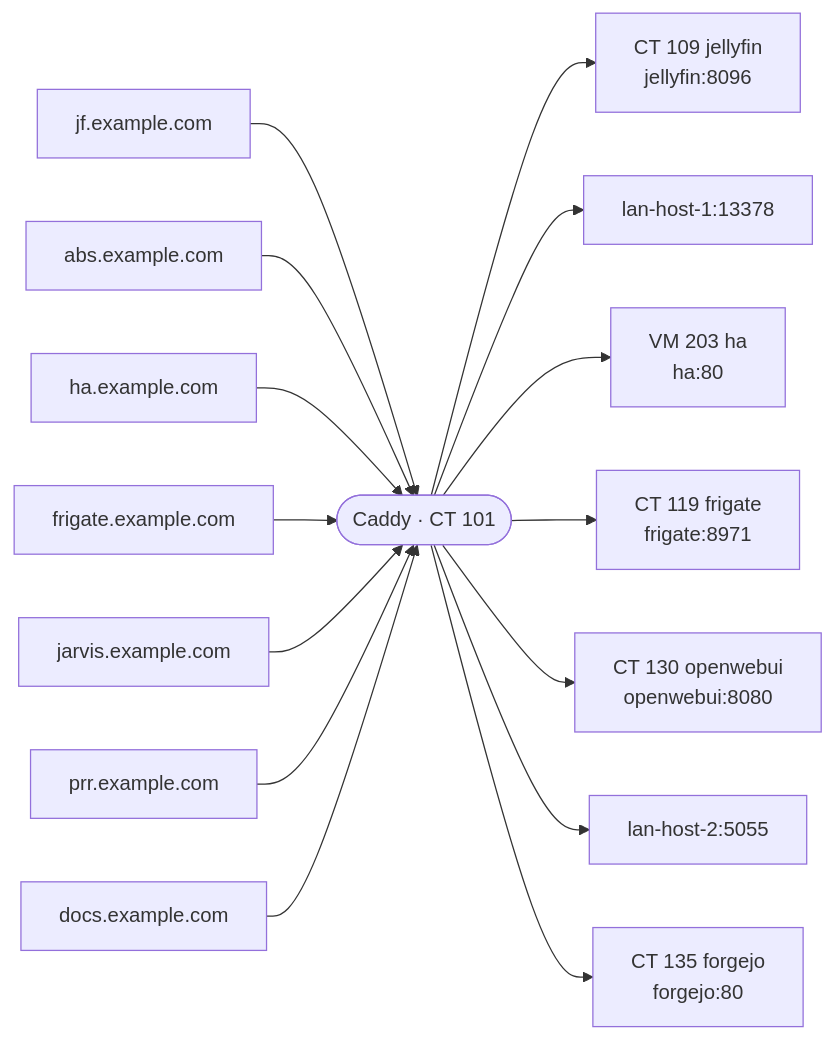
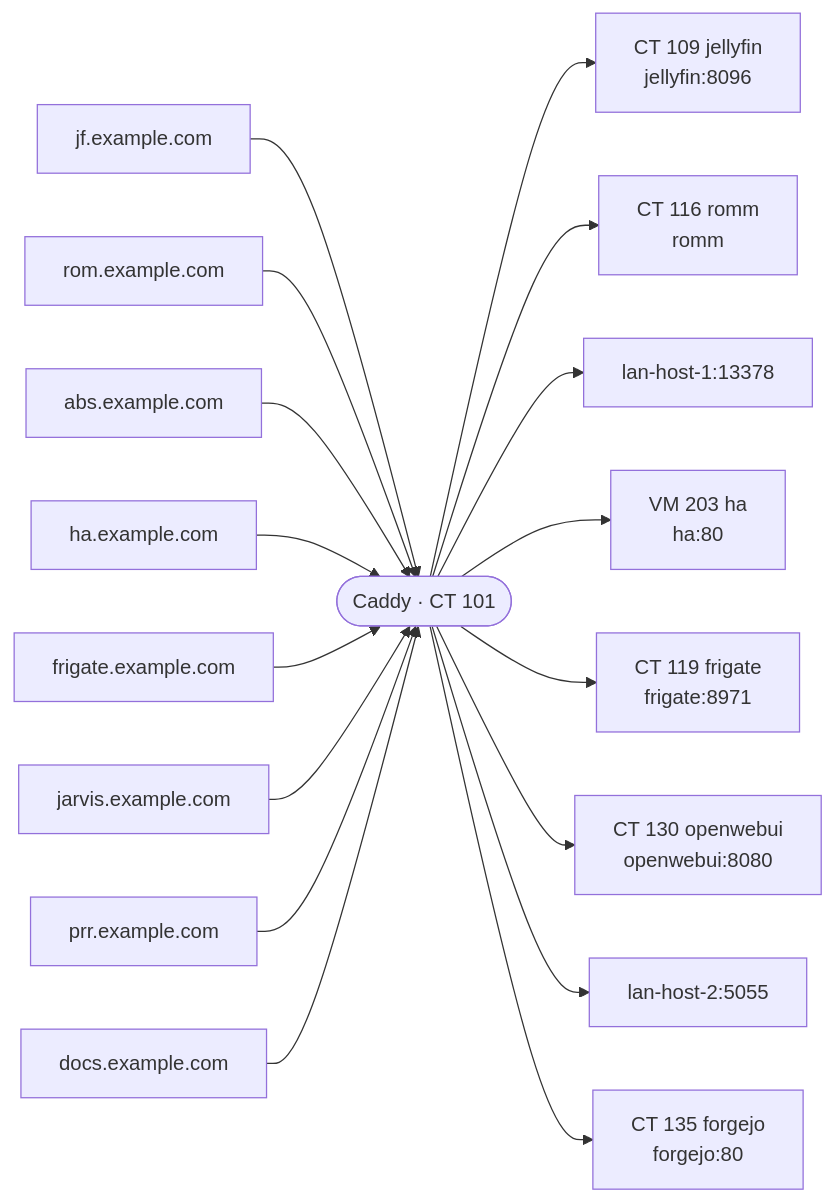
The diagram in docs/network.md (afcorona-projects/Homelab), drawn with Mermaid before and after one commit. The commit also changed other lines of this file and 32 other files, not shown here.

````diff
--- a/docs/network.md
+++ b/docs/network.md
@@ -5,18 +5,20 @@
 ```mermaid
 flowchart LR
   caddy(["Caddy · CT 101"])
   njf_example_com["jf.example.com"] --> caddy
   caddy --> njellyfin_8096["CT 109 jellyfin<br/>jellyfin:8096"]
+  nrom_example_com["rom.example.com"] --> caddy
+  caddy --> nromm["CT 116 romm<br/>romm"]
   nabs_example_com["abs.example.com"] --> caddy
   caddy --> nlan_host_1_13378["lan-host-1:13378"]
   nha_example_com["ha.example.com"] --> caddy
   caddy --> nha_80["VM 203 ha<br/>ha:80"]
   nfrigate_example_com["frigate.example.com"] --> caddy
   caddy --> nfrigate_8971["CT 119 frigate<br/>frigate:8971"]
   njarvis_example_com["jarvis.example.com"] --> caddy
   caddy --> nopenwebui_8080["CT 130 openwebui<br/>openwebui:8080"]
   nprr_example_com["prr.example.com"] --> caddy
   caddy --> nlan_host_2_5055["lan-host-2:5055"]
   ndocs_example_com["docs.example.com"] --> caddy
   caddy --> nforgejo_80["CT 135 forgejo<br/>forgejo:80"]
 ```
````
